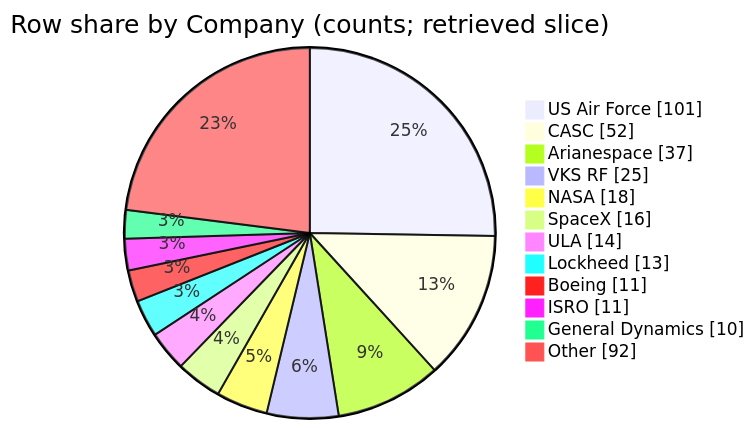
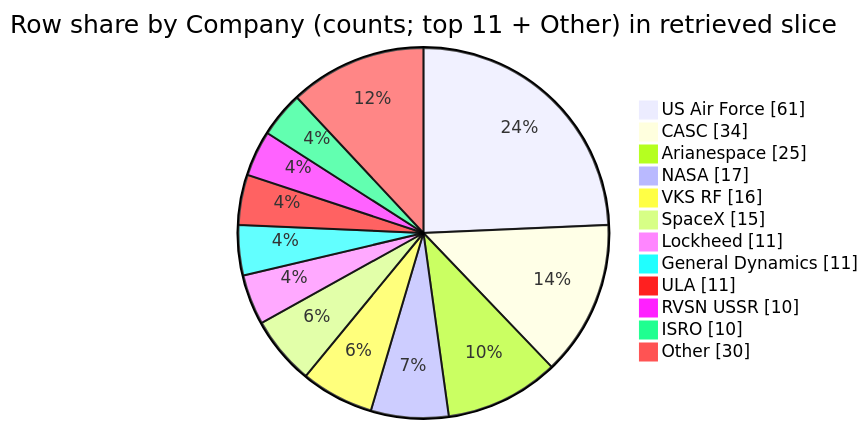
Before and after one commit to AntonRyzhkou1988/prompt-engineering: the diagram in answers/question_space_missions_company_share.md, drawn with Mermaid. The commit also changed other lines of this file and 2 other files, not shown here.

````diff
--- a/answers/question_space_missions_company_share.md
+++ b/answers/question_space_missions_company_share.md
@@ -77,16 +73,16 @@
 ```mermaid
 pie showData
-    title Row share by Company (counts; retrieved slice)
-    "US Air Force" : 101
-    "CASC" : 52
-    "Arianespace" : 37
-    "VKS RF" : 25
-    "NASA" : 18
-    "SpaceX" : 16
-    "ULA" : 14
-    "Lockheed" : 13
-    "Boeing" : 11
-    "ISRO" : 11
-    "General Dynamics" : 10
-    "Other" : 92
+    title Row share by Company (counts; top 11 + Other) in retrieved slice
+    "US Air Force" : 61
+    "CASC" : 34
+    "Arianespace" : 25
+    "NASA" : 17
+    "VKS RF" : 16
+    "SpaceX" : 15
+    "Lockheed" : 11
+    "General Dynamics" : 11
+    "ULA" : 11
+    "RVSN USSR" : 10
+    "ISRO" : 10
+    "Other" : 30
 ```
````
